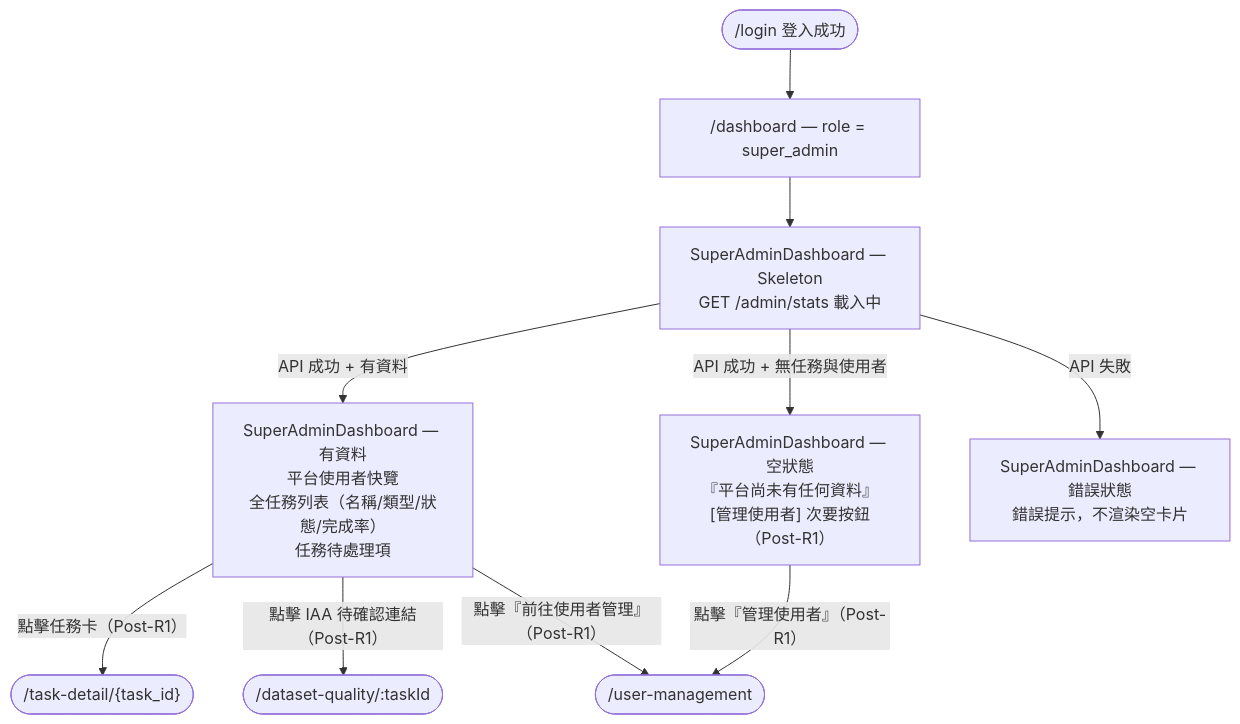
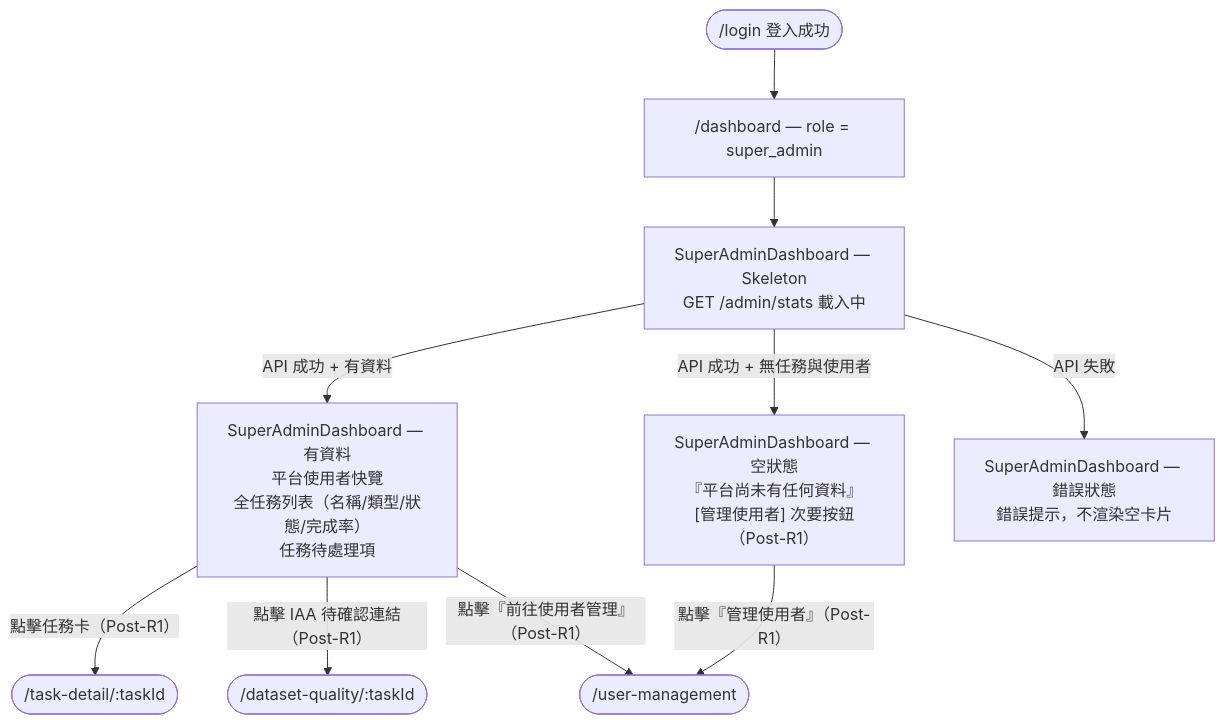
Before and after one commit to singyichen/label-suite: the third of 7 diagrams in specs/dashboard/012-dashboard/spec.md, drawn with Mermaid. The commit also changed other lines of this file and 2 other files, not shown here.

````diff
--- a/specs/dashboard/012-dashboard/spec.md
+++ b/specs/dashboard/012-dashboard/spec.md
@@ -219,12 +219,12 @@
 ```mermaid
 flowchart TD
     A(["/login 登入成功"]) --> B["/dashboard — role = super_admin"]
     B --> C["SuperAdminDashboard — Skeleton\nGET /admin/stats 載入中"]
     C -->|"API 成功 + 有資料"| D["SuperAdminDashboard — 有資料\n平台使用者快覽\n全任務列表（名稱/類型/狀態/完成率）\n任務待處理項"]
     C -->|"API 成功 + 無任務與使用者"| E["SuperAdminDashboard — 空狀態\n『平台尚未有任何資料』\n[管理使用者] 次要按鈕（Post-R1）"]
     C -->|"API 失敗"| F["SuperAdminDashboard — 錯誤狀態\n錯誤提示，不渲染空卡片"]
-    D -->|"點擊任務卡（Post-R1）"| H(["/task-detail/{task_id}"])
+    D -->|"點擊任務卡（Post-R1）"| H(["/task-detail/:taskId"])
     D -->|"點擊 IAA 待確認連結（Post-R1）"| I(["/dataset-quality/:taskId"])
     D -->|"點擊『前往使用者管理』（Post-R1）"| G(["/user-management"])
     E -->|"點擊『管理使用者』（Post-R1）"| G
 ```
````
